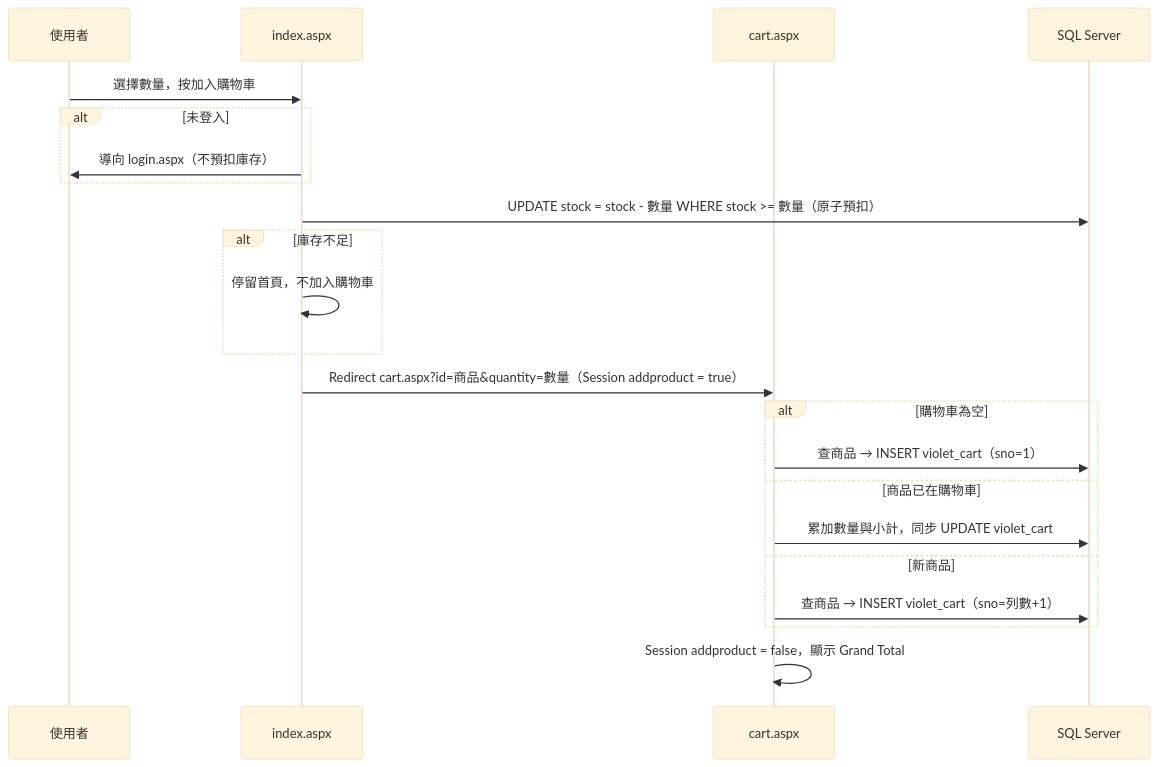
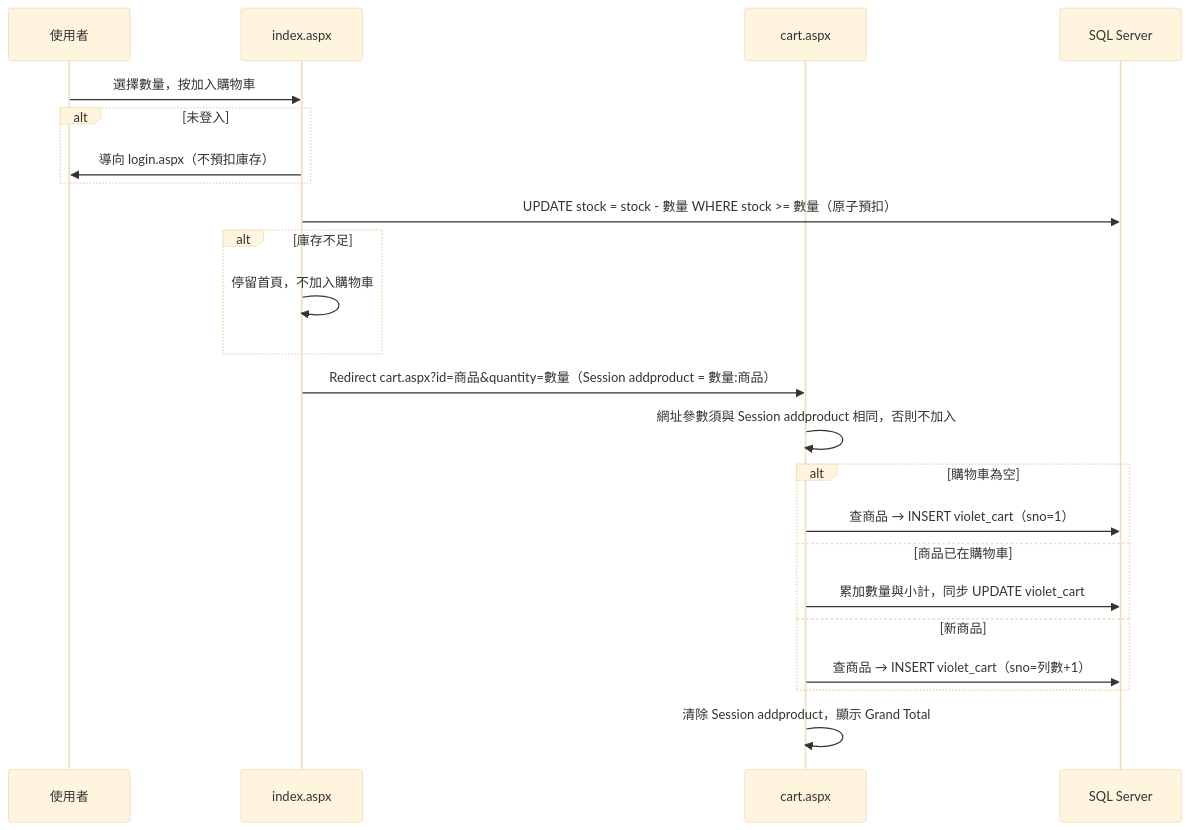
Before and after one commit to jeff1121/Shopping-Website: the second of 2 diagrams in README.md, drawn with Mermaid (base theme). The commit also changed other lines of this file and 25 other files, not shown here.

````diff
--- a/README.md
+++ b/README.md
@@ -307,24 +307,25 @@
 ```mermaid
 sequenceDiagram
     participant U as 使用者
     participant I as index.aspx
     participant C as cart.aspx
     participant DB as SQL Server
     U->>I: 選擇數量，按加入購物車
     alt 未登入
         I->>U: 導向 login.aspx（不預扣庫存）
     end
     I->>DB: UPDATE stock = stock - 數量 WHERE stock >= 數量（原子預扣）
     alt 庫存不足
         I->>I: 停留首頁，不加入購物車
     end
-    I->>C: Redirect cart.aspx?id=商品&quantity=數量（Session addproduct = true）
+    I->>C: Redirect cart.aspx?id=商品&quantity=數量（Session addproduct = 數量:商品）
+    C->>C: 網址參數須與 Session addproduct 相同，否則不加入
     alt 購物車為空
         C->>DB: 查商品 → INSERT violet_cart（sno=1）
     else 商品已在購物車
         C->>DB: 累加數量與小計，同步 UPDATE violet_cart
     else 新商品
         C->>DB: 查商品 → INSERT violet_cart（sno=列數+1）
     end
-    C->>C: Session addproduct = false，顯示 Grand Total
+    C->>C: 清除 Session addproduct，顯示 Grand Total
 ```
````
